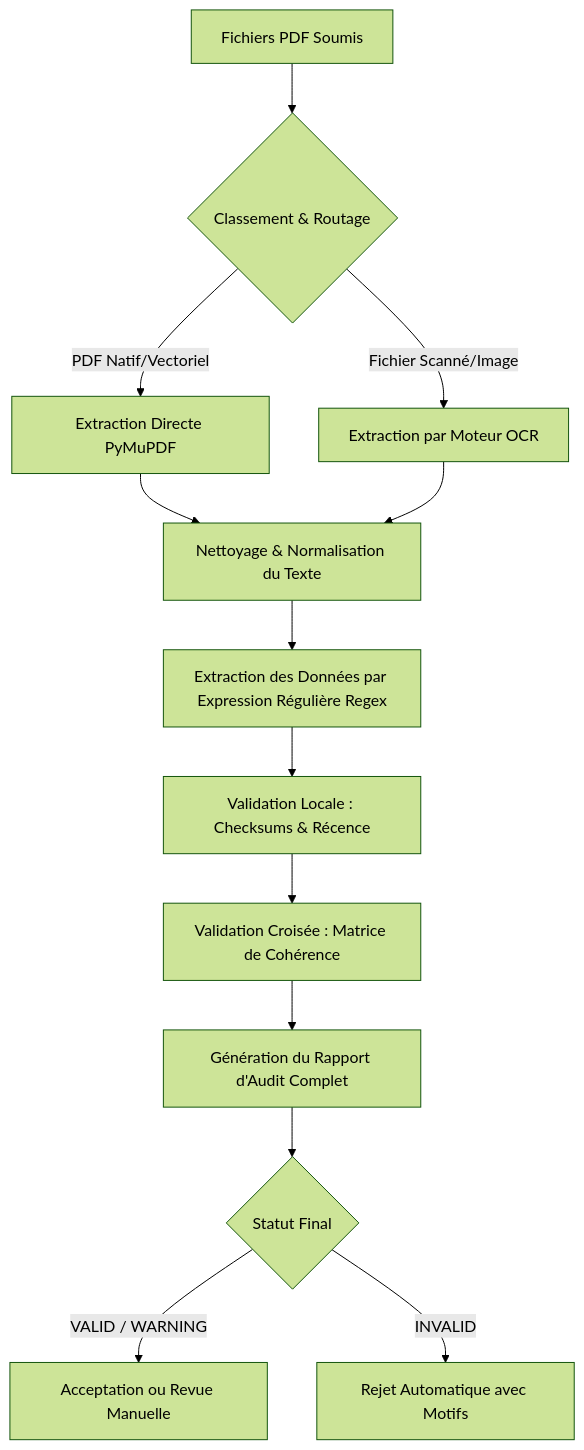
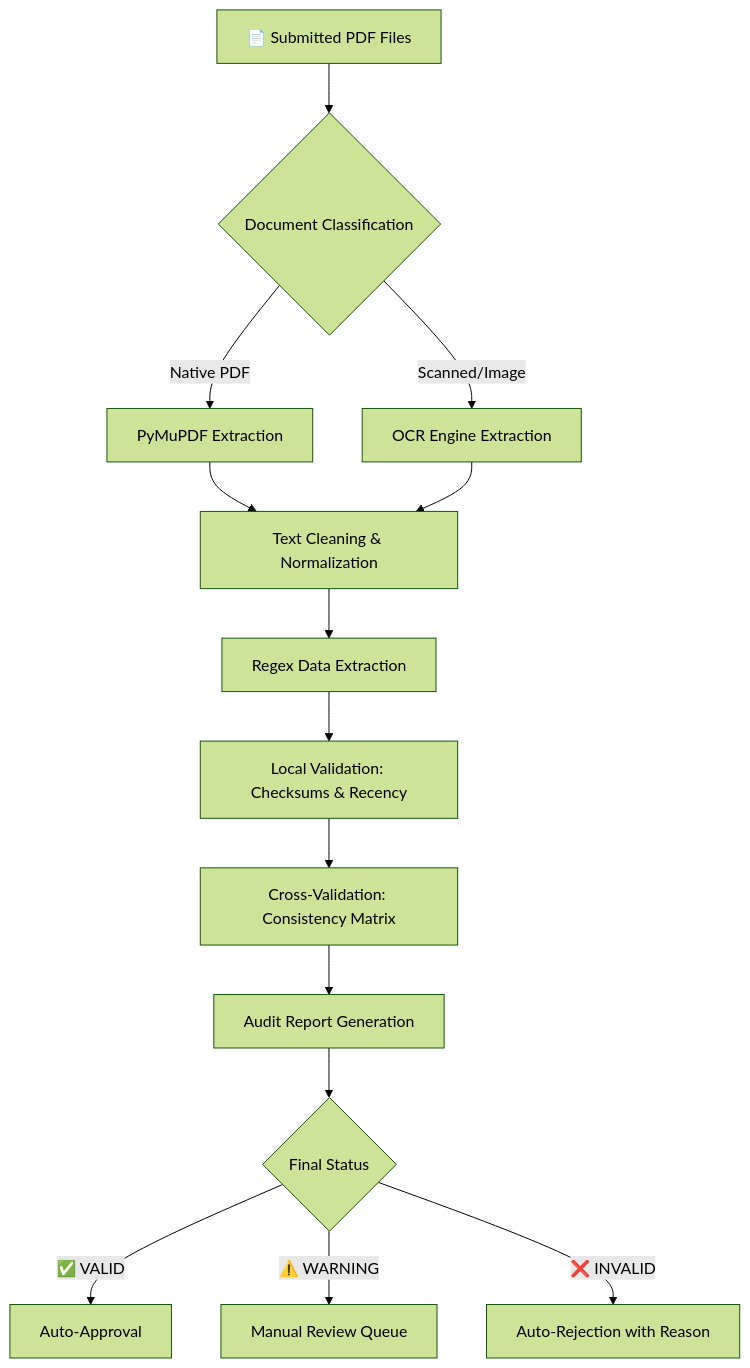
The third of 10 diagrams in Rapport_Verification_Documents_PortNet.md (mouadbara21/AI_reclamaitons_assistant), drawn with Mermaid (forest theme) before and after one commit. The commit also changed other lines of this file, not shown here.

````diff
--- a/Rapport_Verification_Documents_PortNet.md
+++ b/Rapport_Verification_Documents_PortNet.md
@@ -109,15 +160,16 @@
 ```mermaid
 flowchart TD
-    A[Fichiers PDF Soumis] --> B{Classement & Routage}
-    B -->|PDF Natif/Vectoriel| C[Extraction Directe PyMuPDF]
-    B -->|Fichier Scanné/Image| D[Extraction par Moteur OCR]
-    C --> E[Nettoyage & Normalisation du Texte]
+    A[📄 Submitted PDF Files] --> B{Document Classification}
+    B -->|Native PDF| C[PyMuPDF Extraction]
+    B -->|Scanned/Image| D[OCR Engine Extraction]
+    C --> E[Text Cleaning & Normalization]
     D --> E
-    E --> F[Extraction des Données par Expression Régulière Regex]
-    F --> G[Validation Locale : Checksums & Récence]
-    G --> H[Validation Croisée : Matrice de Cohérence]
-    H --> I[Génération du Rapport d'Audit Complet]
-    I --> J{Statut Final}
-    J -->|VALID / WARNING| K[Acceptation ou Revue Manuelle]
-    J -->|INVALID| L[Rejet Automatique avec Motifs]
+    E --> F[Regex Data Extraction]
+    F --> G[Local Validation: Checksums & Recency]
+    G --> H[Cross-Validation: Consistency Matrix]
+    H --> I[Audit Report Generation]
+    I --> J{Final Status}
+    J -->|✅ VALID| K[Auto-Approval]
+    J -->|⚠️ WARNING| L[Manual Review Queue]
+    J -->|❌ INVALID| M[Auto-Rejection with Reason]
 ```
````
